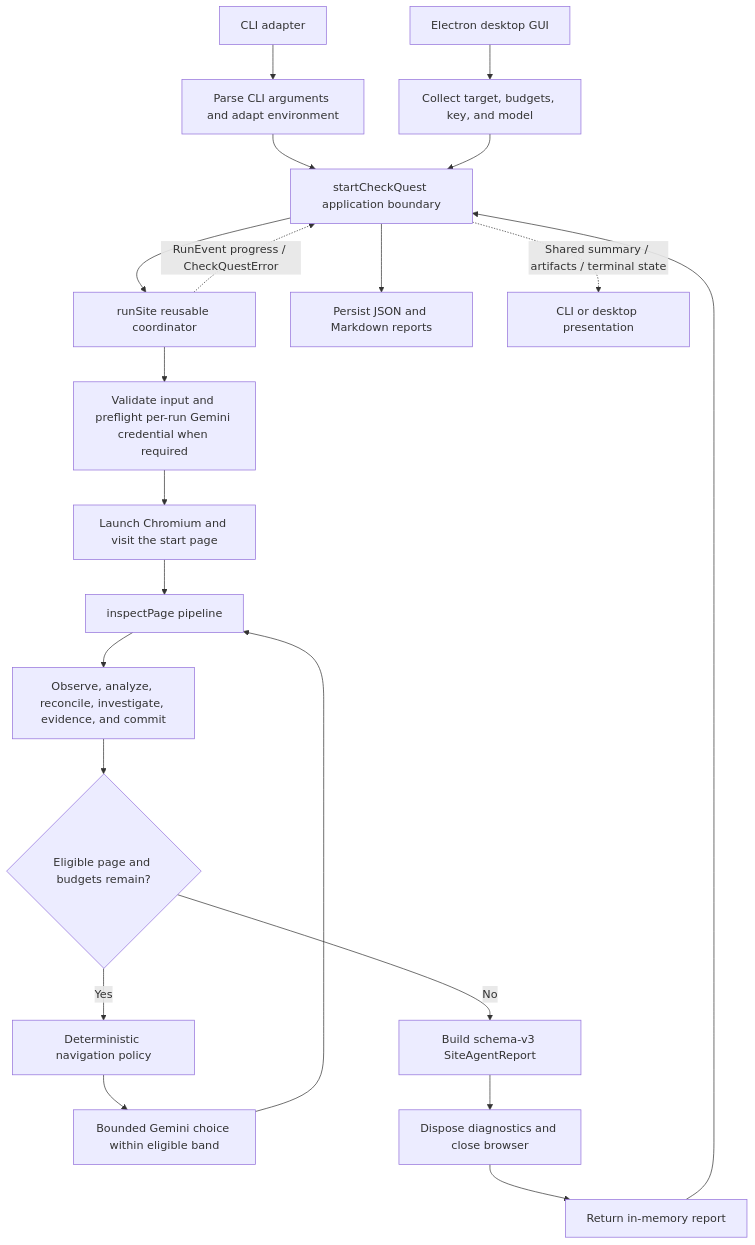
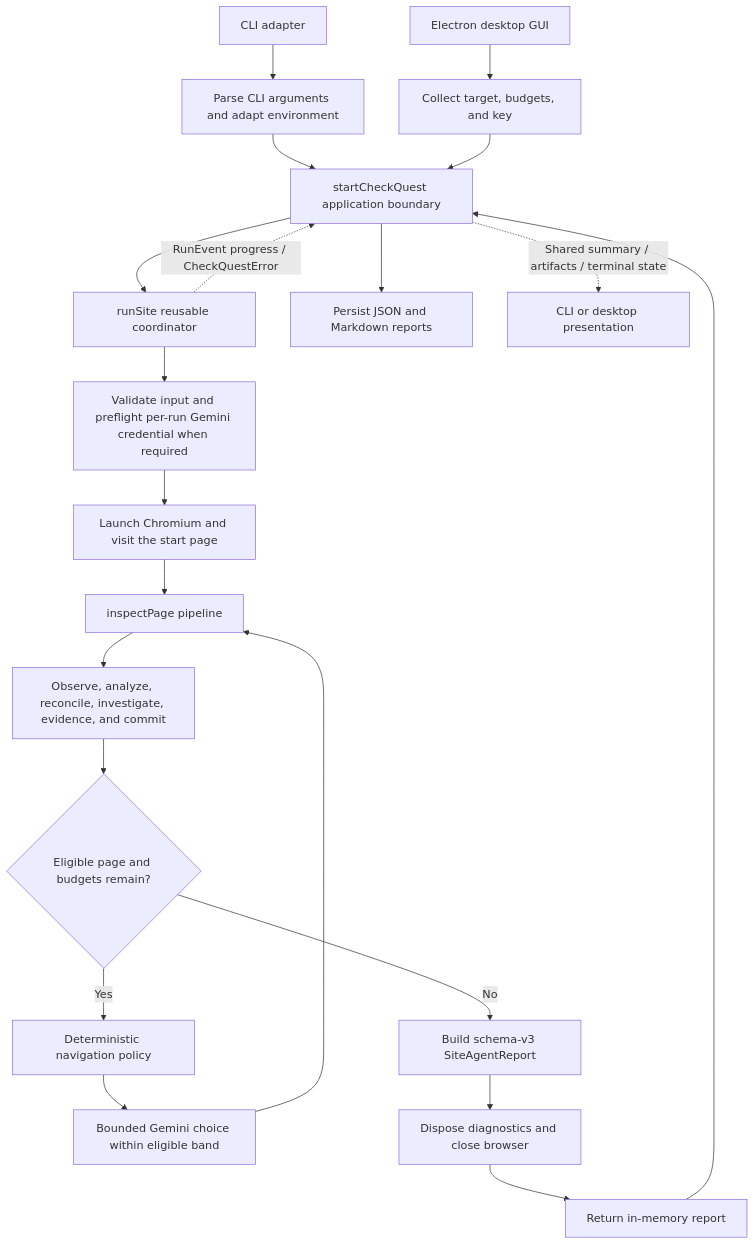
The diagram in docs/ARCHITECTURE.md (bootnihil/checkquest), drawn with Mermaid before and after one commit. The commit also changed other lines of this file and 2 other files, not shown here.

Commit message:
Update G2 roadmap and documentation

````diff
--- a/docs/ARCHITECTURE.md
+++ b/docs/ARCHITECTURE.md
@@ -36,23 +36,23 @@
 ```mermaid
 flowchart TD
   CLI["CLI adapter"] --> CLIIN["Parse CLI arguments and adapt environment"]
-  DESK["Electron desktop GUI"] --> GUIIN["Collect target, budgets, key, and model"]
+  DESK["Electron desktop GUI"] --> GUIIN["Collect target, budgets, and key"]
   CLIIN --> APP["startCheckQuest application boundary"]
   GUIIN --> APP
   APP --> RUN["runSite reusable coordinator"]
   RUN -. "RunEvent progress / CheckQuestError" .-> APP
   RUN --> PRE["Validate input and preflight per-run Gemini credential when required"]
   PRE --> BROWSER["Launch Chromium and visit the start page"]
   BROWSER --> PAGE["inspectPage pipeline"]
   PAGE --> WORK["Observe, analyze, reconcile, investigate, evidence, and commit"]
   WORK --> MORE{"Eligible page and budgets remain?"}
   MORE -->|"Yes"| NAV["Deterministic navigation policy"]
   NAV --> CHOICE["Bounded Gemini choice within eligible band"]
   CHOICE --> PAGE
   MORE -->|"No"| REPORT["Build schema-v3 SiteAgentReport"]
   REPORT --> CLEAN["Dispose diagnostics and close browser"]
   CLEAN --> RETURN["Return in-memory report"]
   RETURN --> APP
   APP --> PERSIST["Persist JSON and Markdown reports"]
   APP -. "Shared summary / artifacts / terminal state" .-> PRESENT["CLI or desktop presentation"]
 ```
````
